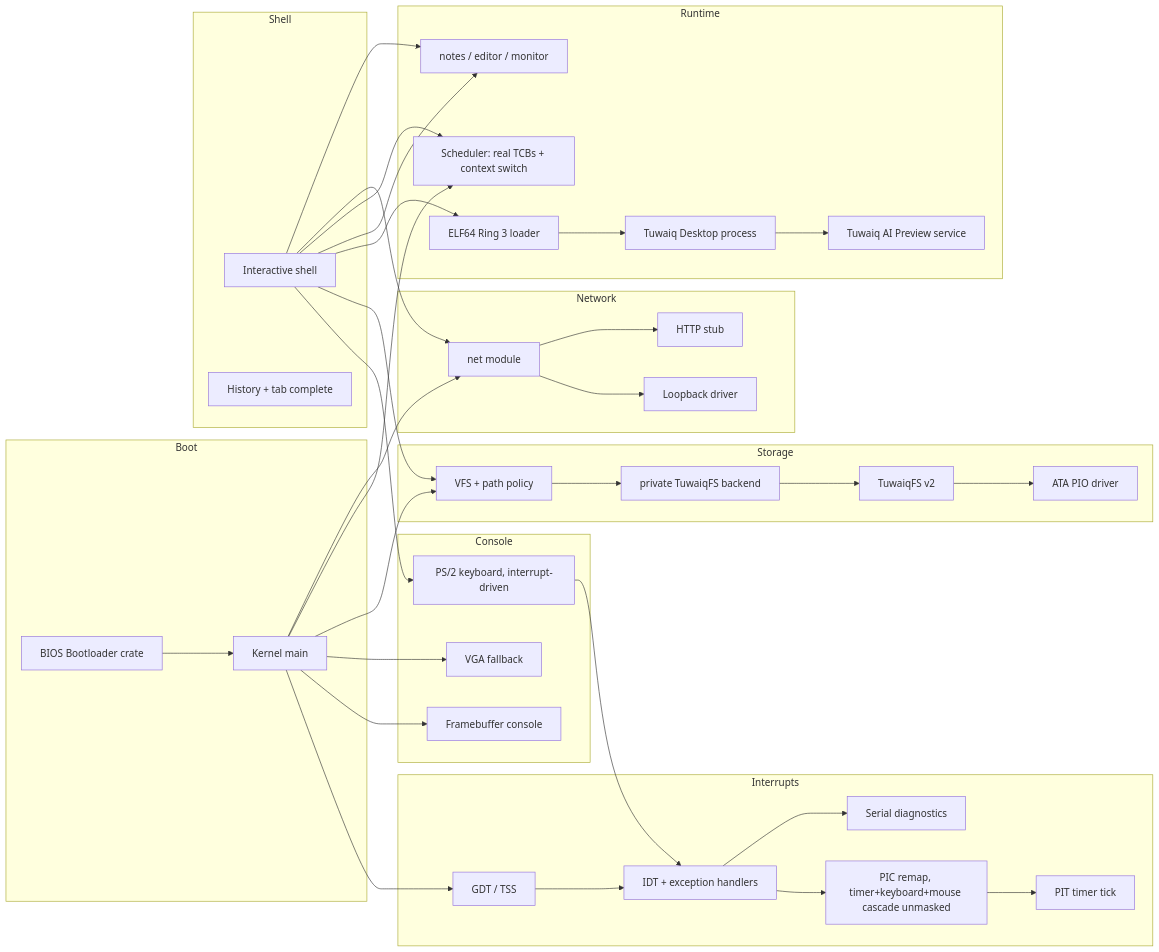
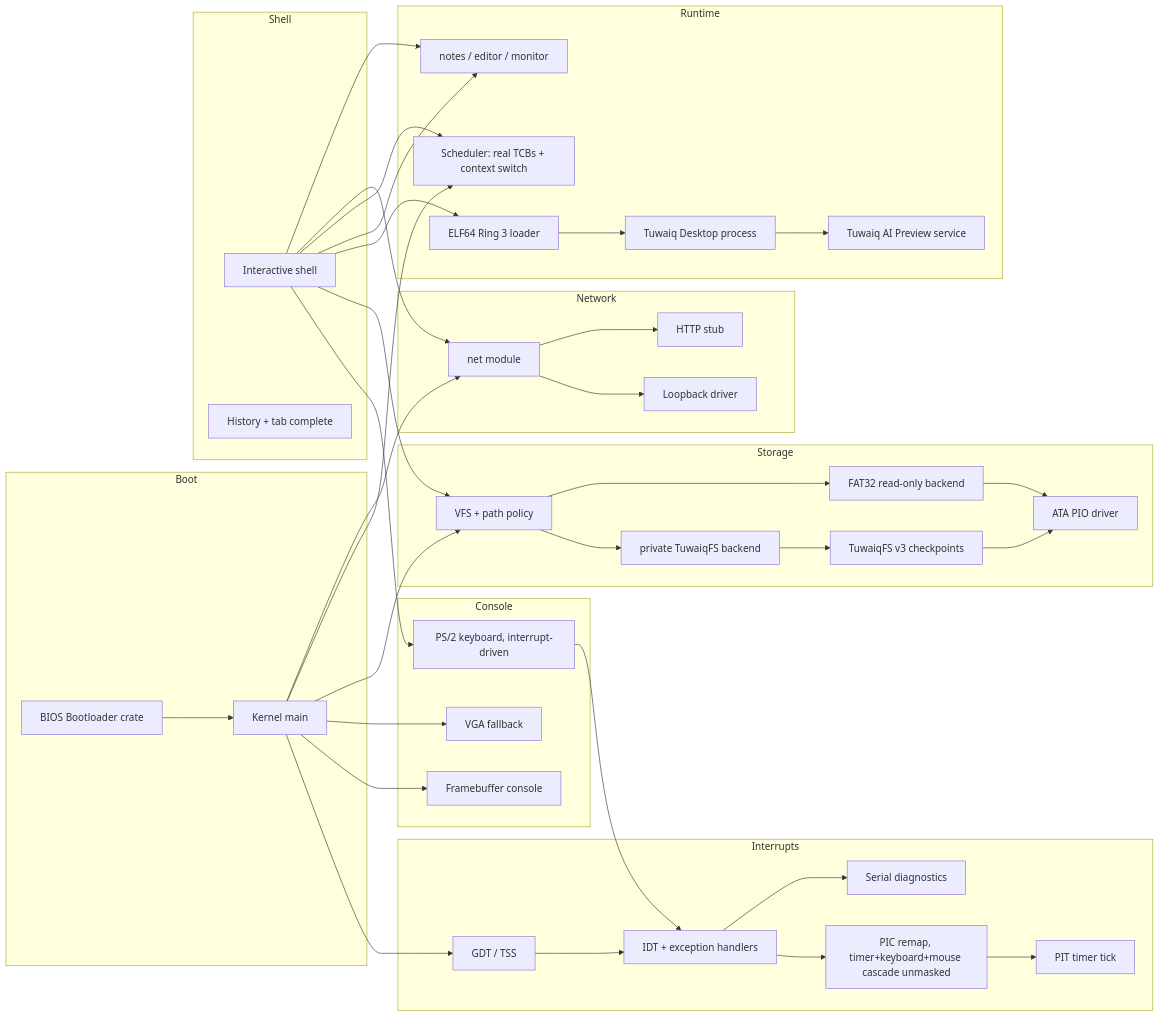
One commit to ShahadAljohani/TuwaiqOS changed the diagram in ARCHITECTURE.md. Above: the diagram before and after it, drawn with Mermaid. The commit also changed other lines of this file and 28 other files, not shown here.

````diff
--- a/ARCHITECTURE.md
+++ b/ARCHITECTURE.md
@@ -11,61 +12,63 @@
 ```mermaid
 flowchart LR
     subgraph Boot
         B[BIOS Bootloader crate]
         K[Kernel main]
     end
     subgraph Interrupts
         GDT[GDT / TSS]
         IDT[IDT + exception handlers]
         PIC[PIC remap, timer+keyboard+mouse cascade unmasked]
         PIT[PIT timer tick]
         SER[Serial diagnostics]
     end
     subgraph Console
         FB[Framebuffer console]
         VGA[VGA fallback]
         KB[PS/2 keyboard, interrupt-driven]
     end
     subgraph Shell
         SH[Interactive shell]
         HIST[History + tab complete]
     end
     subgraph Storage
         VFS[VFS + path policy]
         FS[private TuwaiqFS backend]
-        TQFS[TuwaiqFS v2]
+        TQFS[TuwaiqFS v3 checkpoints]
+        FAT[FAT32 read-only backend]
         ATA[ATA PIO driver]
     end
     subgraph Runtime
         TASK[Scheduler: real TCBs + context switch]
         ELF[ELF64 Ring 3 loader]
         DESK[Tuwaiq Desktop process]
         AIP[Tuwaiq AI Preview service]
         APPS[notes / editor / monitor]
     end
     subgraph Network
         NET[net module]
         LB[Loopback driver]
         HTTP[HTTP stub]
     end
     B --> K
     K --> GDT --> IDT --> PIC --> PIT
     IDT --> SER
     K --> FB
     K --> VGA
     K --> VFS
     K --> TASK
     K --> NET
     KB --> IDT
     SH --> KB
     SH --> VFS
     SH --> ELF --> DESK
     DESK --> AIP
     SH --> APPS
     SH --> TASK
     SH --> NET
     VFS --> FS --> TQFS --> ATA
+    VFS --> FAT --> ATA
     SH --> APPS
     NET --> LB
     NET --> HTTP
 ```
````
